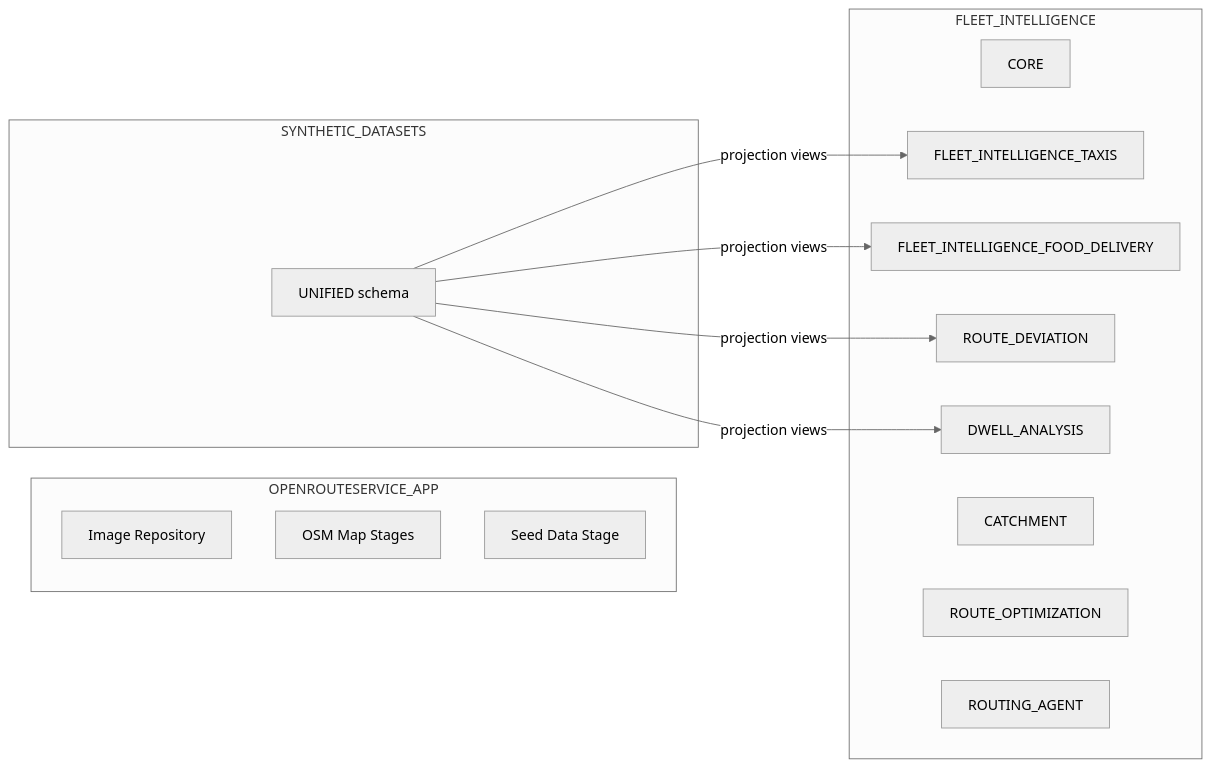
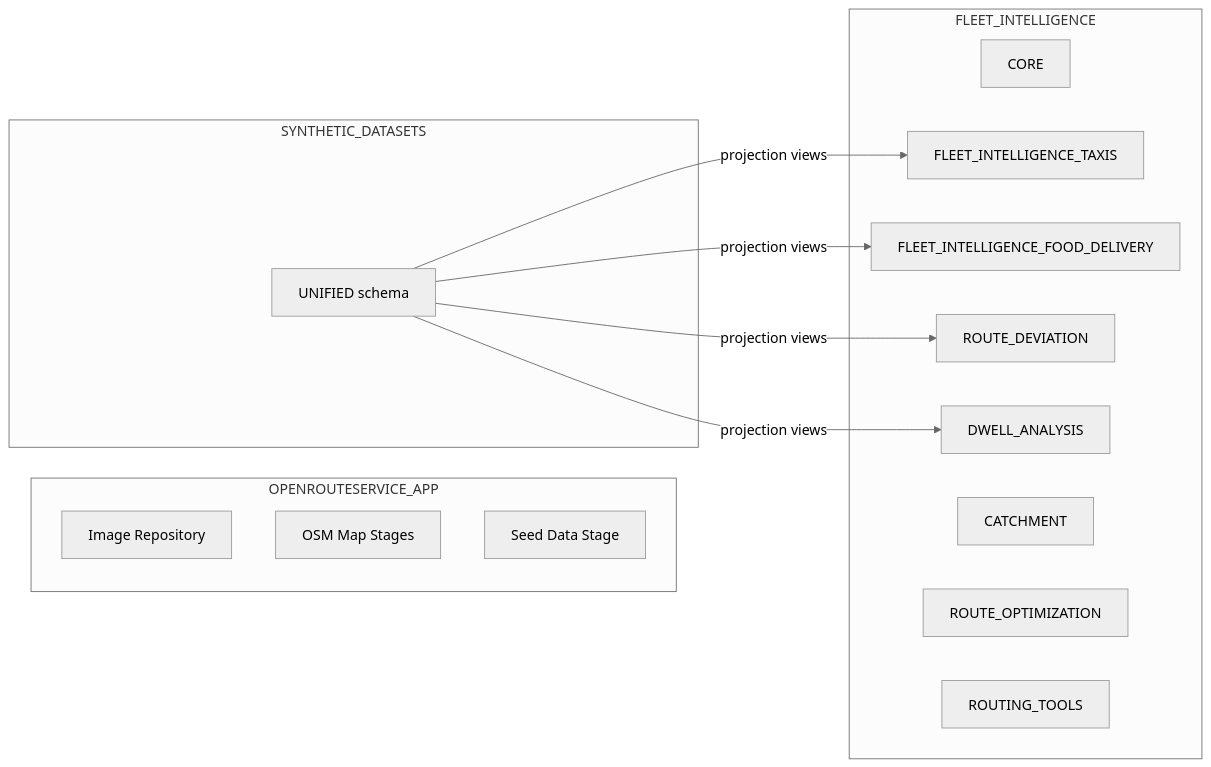
The second of 2 diagrams in docs/ARCHITECTURE.md (Snowflake-Labs/sfguide-create-a-route-optimisation-and-vehicle-route-plan-simulator), drawn with Mermaid (neutral theme) before and after one commit. The commit also changed other lines of this file and 12 other files, not shown here.

First line of the commit message:
refactor(routing): relocate TOOL_* procs from ROUTING_AGENT to ROUTING_TOOLS schema

````diff
--- a/docs/ARCHITECTURE.md
+++ b/docs/ARCHITECTURE.md
@@ -53,28 +53,28 @@
 ```mermaid
 graph LR
     subgraph setup ["OPENROUTESERVICE_APP"]
         IMG[Image Repository]
         OSM[OSM Map Stages]
         SEED[Seed Data Stage]
     end
 
     subgraph synth ["SYNTHETIC_DATASETS"]
         UNI[UNIFIED schema]
     end
 
     subgraph fi ["FLEET_INTELLIGENCE"]
         CORE[CORE]
         TAX[FLEET_INTELLIGENCE_TAXIS]
         DEL[FLEET_INTELLIGENCE_FOOD_DELIVERY]
         RD[ROUTE_DEVIATION]
         DW[DWELL_ANALYSIS]
         RC[CATCHMENT]
         RO[ROUTE_OPTIMIZATION]
-        RA[ROUTING_AGENT]
+        RA[ROUTING_TOOLS]
     end
 
     UNI -->|projection views| TAX
     UNI -->|projection views| DEL
     UNI -->|projection views| RD
     UNI -->|projection views| DW
 ```
````
